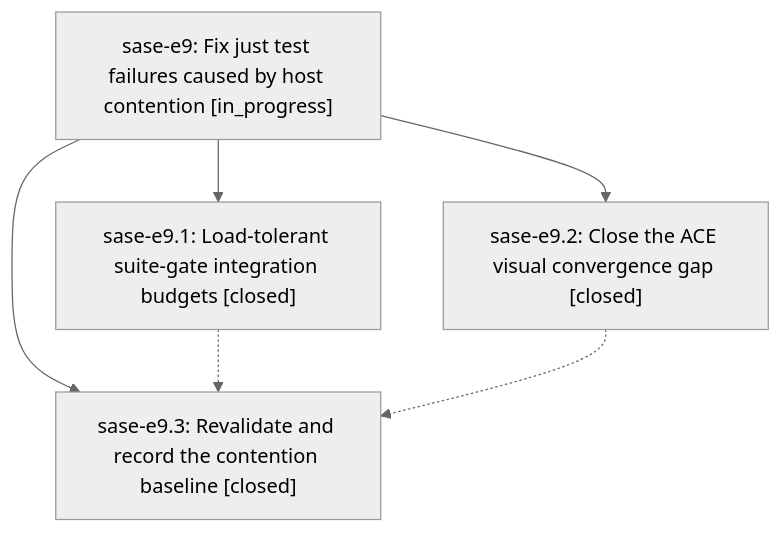
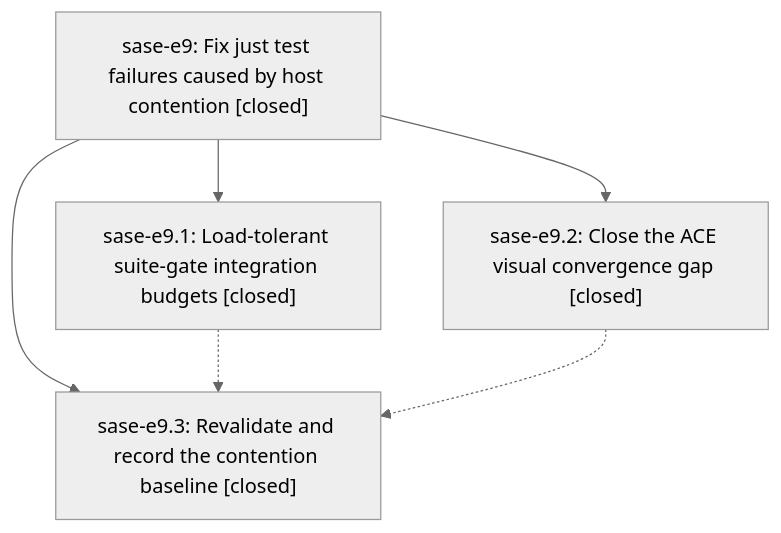
One commit to sase-org/sase--beads changed the diagram in pages/sase-e9/README.md. Above: the diagram before and after it, drawn with Mermaid (neutral theme). The commit also changed other lines of this file, not shown here.

First line of the commit message:
chore(beads): sync bead state and pages for sase-e9

````diff
--- a/pages/sase-e9/README.md
+++ b/pages/sase-e9/README.md
@@ -28,12 +32,12 @@
 ```mermaid
 flowchart TD
-    n0["sase-e9: Fix just test failures caused by host contention [in_progress]"]
+    n0["sase-e9: Fix just test failures caused by host contention [closed]"]
     n1["sase-e9.1: Load-tolerant suite-gate integration budgets [closed]"]
     n2["sase-e9.2: Close the ACE visual convergence gap [closed]"]
     n3["sase-e9.3: Revalidate and record the contention baseline [closed]"]
     n0 --> n1
     n0 --> n2
     n0 --> n3
     n1 -.-> n3
     n2 -.-> n3
 ```
````
